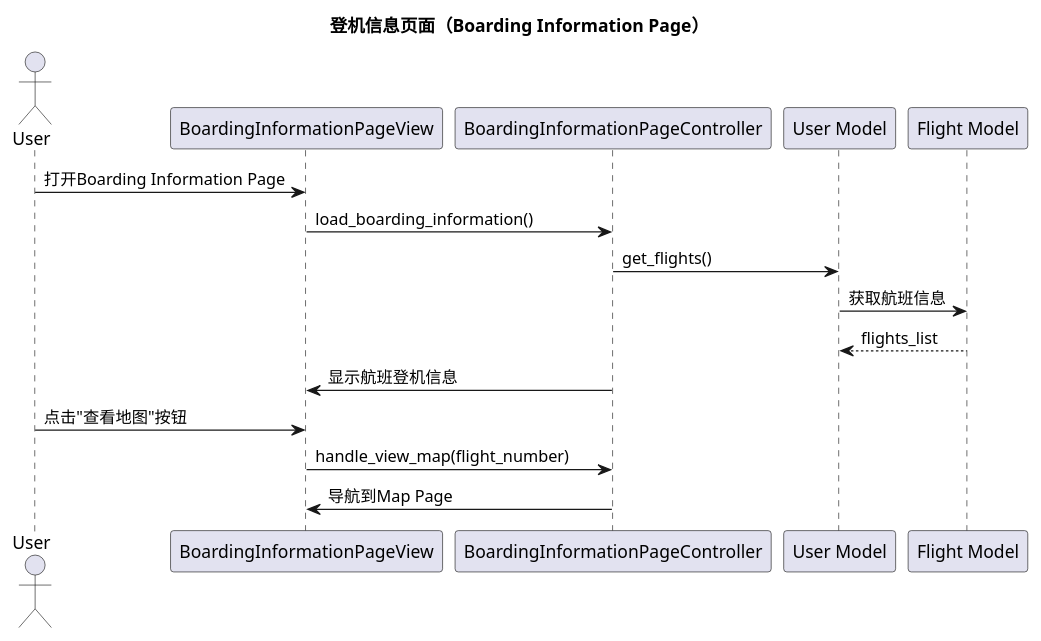
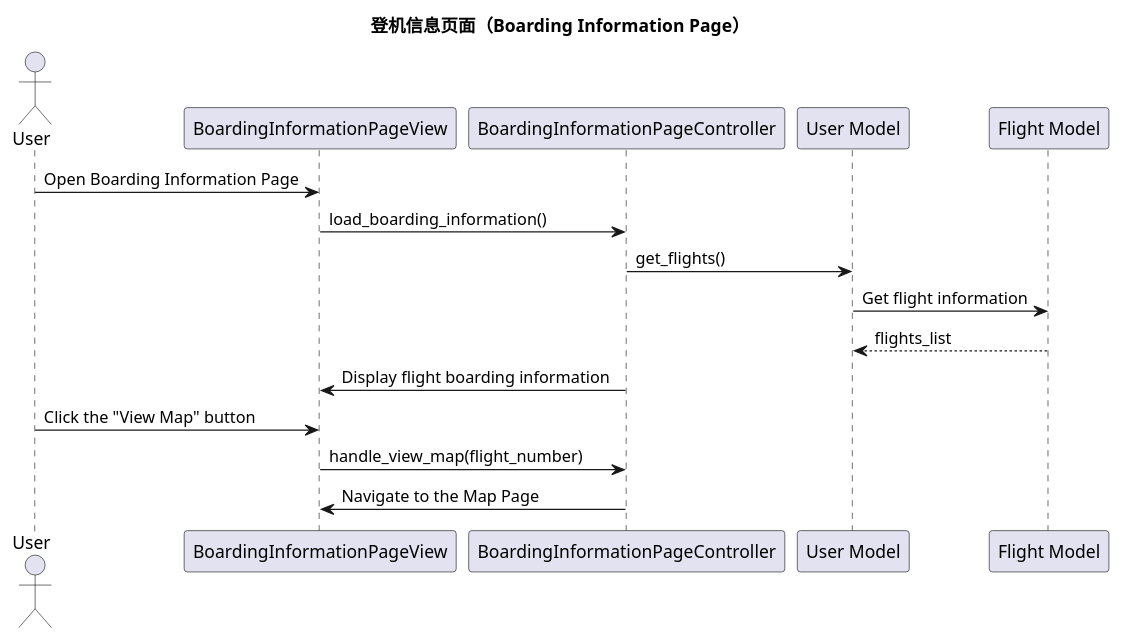
One commit to violeteye1234/group23_COMPS350F changed diagram 11 of 16 in planing/class_diagrams.md. Above: the diagram before and after it, drawn with PlantUML. The commit also changed other lines of this file and 45 other files, not shown here.

````diff
--- a/planing/class_diagrams.md
+++ b/planing/class_diagrams.md
@@ -339,21 +339,21 @@
 ```plantuml
 @startuml
 title 登机信息页面（Boarding Information Page）
 
 actor User
 participant "BoardingInformationPageView" as View
 participant "BoardingInformationPageController" as Controller
 participant "User Model" as UserModel
 participant "Flight Model" as FlightModel
 
-User -> View: 打开Boarding Information Page
+User -> View: Open Boarding Information Page
 View -> Controller: load_boarding_information()
 Controller -> UserModel: get_flights()
-UserModel -> FlightModel: 获取航班信息
+UserModel -> FlightModel: Get flight information
 FlightModel --> UserModel: flights_list
-Controller -> View: 显示航班登机信息
-User -> View: 点击"查看地图"按钮
+Controller -> View: Display flight boarding information
+User -> View: Click the "View Map" button
 View -> Controller: handle_view_map(flight_number)
-Controller -> View: 导航到Map Page
+Controller -> View: Navigate to the Map Page
 @enduml
 ```
````
